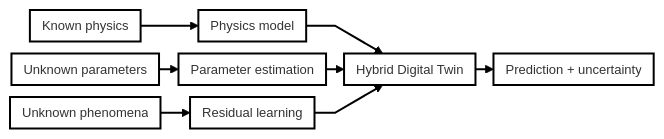
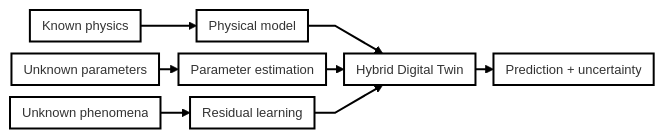
One commit to otwin-core/otwin changed the seventh of 11 diagrams in README.md. Above: the diagram before and after it, drawn with Mermaid. The commit also changed other lines of this file, not shown here.

````diff
--- a/README.md
+++ b/README.md
@@ -531,22 +715,23 @@
 ```mermaid
 ---
 config:
   layout: fixed
   theme: neo
   fontFamily: '''Open Sans Variable'', sans-serif'
   themeVariables:
     fontFamily: '''Open Sans Variable'', sans-serif'
 ---
 %%{init: {"flowchart": {"nodeSpacing": 12, "rankSpacing": 18, "padding": 6, "curve": "linear"}, "themeVariables": {"fontSize": "13px"}}}%%
 
 flowchart LR
-    A["Known physics"] --> D["Physics model"]
+
+    A["Known physics"] --> D["Physical model"]
     B["Unknown parameters"] --> E["Parameter estimation"]
     C["Unknown phenomena"] --> F["Residual learning"]
 
     D --> G["Hybrid Digital Twin"]
     E --> G
     F --> G
 
     G --> H["Prediction + uncertainty"]
 ```
````
